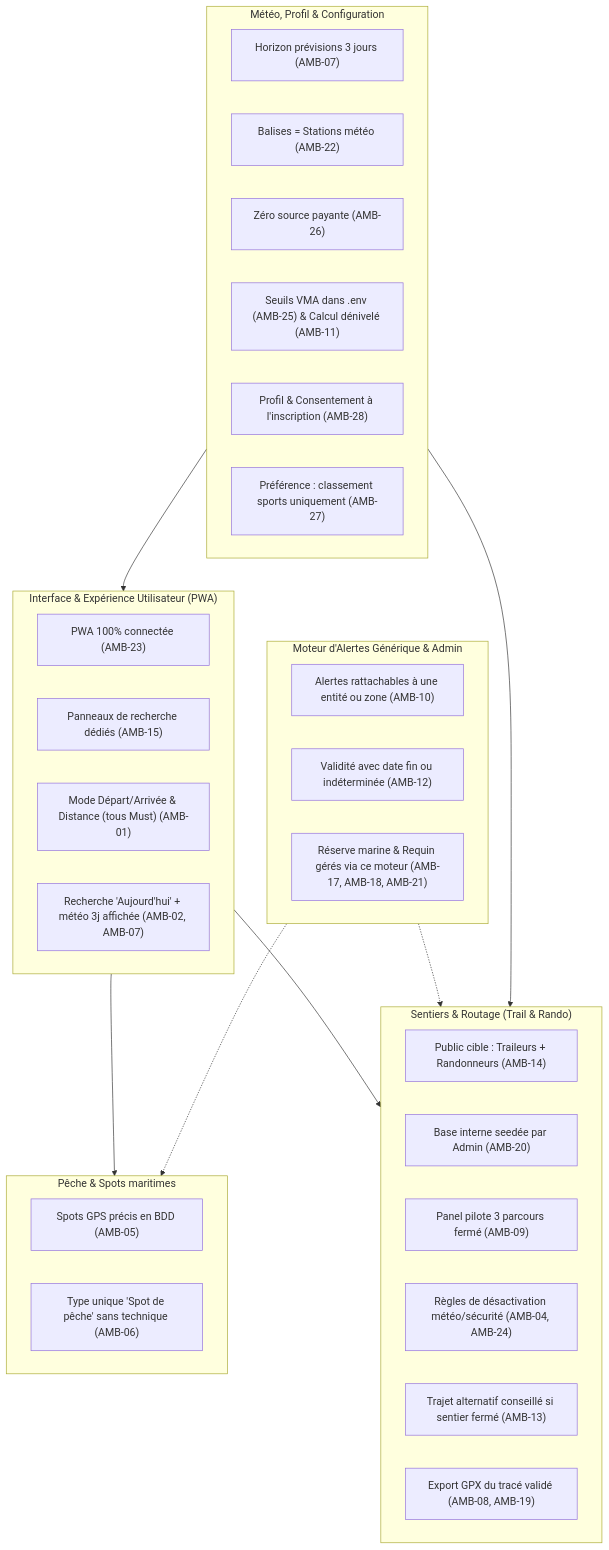
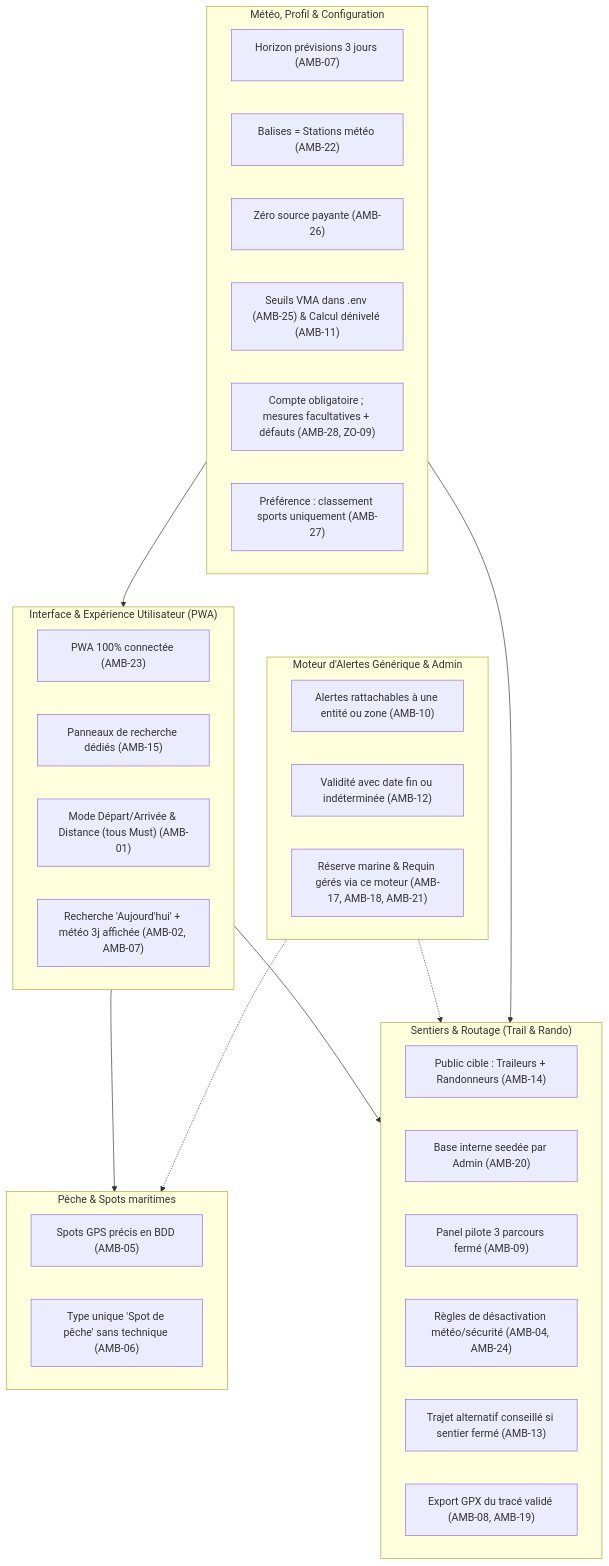
One commit to MyTHOMASTHOMAS/MeteoSport changed the diagram in collab/TiBenoit/tableau-reponses-ambiguites-cdc-11.2.md. Above: the diagram before and after it, drawn with Mermaid. The commit also changed other lines of this file and 2 other files, not shown here.

First line of the commit message:
docs(collab): profil facultatif avec valeurs par défaut

````diff
--- a/collab/TiBenoit/tableau-reponses-ambiguites-cdc-11.2.md
+++ b/collab/TiBenoit/tableau-reponses-ambiguites-cdc-11.2.md
@@ -84,45 +85,45 @@
 ```mermaid
 flowchart TD
     subgraph UI_UX["Interface & Expérience Utilisateur (PWA)"]
         A["PWA 100% connectée (AMB-23)"]
         B["Panneaux de recherche dédiés (AMB-15)"]
         C["Mode Départ/Arrivée & Distance (tous Must) (AMB-01)"]
         D["Recherche 'Aujourd'hui' + météo 3j affichée (AMB-02, AMB-07)"]
     end
 
     subgraph TRAILS["Sentiers & Routage (Trail & Rando)"]
         E["Public cible : Traileurs + Randonneurs (AMB-14)"]
         F["Base interne seedée par Admin (AMB-20)"]
         G["Panel pilote 3 parcours fermé (AMB-09)"]
         H["Règles de désactivation météo/sécurité (AMB-04, AMB-24)"]
         I["Trajet alternatif conseillé si sentier fermé (AMB-13)"]
         J["Export GPX du tracé validé (AMB-08, AMB-19)"]
     end
 
     subgraph FISHING["Pêche & Spots maritimes"]
         K["Spots GPS précis en BDD (AMB-05)"]
         L["Type unique 'Spot de pêche' sans technique (AMB-06)"]
     end
 
     subgraph ALERTS_ADMIN["Moteur d'Alertes Générique & Admin"]
         M["Alertes rattachables à une entité ou zone (AMB-10)"]
         N["Validité avec date fin ou indéterminée (AMB-12)"]
         O["Réserve marine & Requin gérés via ce moteur (AMB-17, AMB-18, AMB-21)"]
     end
 
     subgraph PROFIL_METEO["Météo, Profil & Configuration"]
         P["Horizon prévisions 3 jours (AMB-07)"]
         Q["Balises = Stations météo (AMB-22)"]
         R["Zéro source payante (AMB-26)"]
         S["Seuils VMA dans .env (AMB-25) & Calcul dénivelé (AMB-11)"]
-        T["Profil & Consentement à l'inscription (AMB-28)"]
+        T["Compte obligatoire ; mesures facultatives + défauts (AMB-28, ZO-09)"]
         U["Préférence : classement sports uniquement (AMB-27)"]
     end
 
     UI_UX --> TRAILS
     UI_UX --> FISHING
     ALERTS_ADMIN -.-> TRAILS
     ALERTS_ADMIN -.-> FISHING
     PROFIL_METEO --> UI_UX
     PROFIL_METEO --> TRAILS
 ```
````
